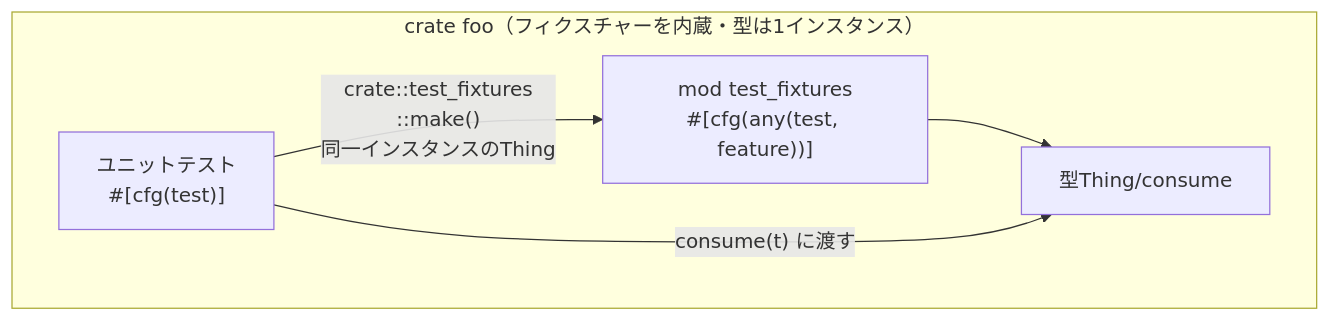
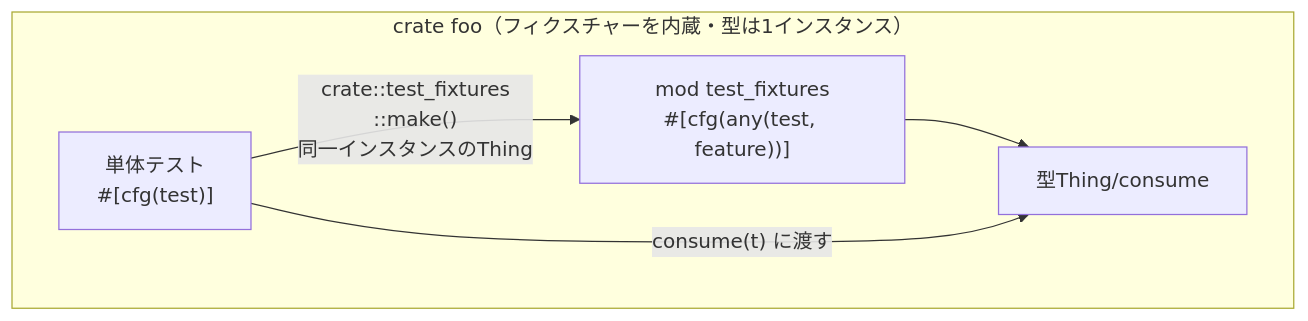
Before and after one commit to ultimatile/Zenn: the second of 2 diagrams in articles/rust-test-fixtures-cfg-test-dev-dep.md, drawn with Mermaid. The commit also changed other lines of this file, not shown here.

````diff
--- a/articles/rust-test-fixtures-cfg-test-dev-dep.md
+++ b/articles/rust-test-fixtures-cfg-test-dev-dep.md
@@ -165,11 +165,11 @@
 ```mermaid
 graph TD
     subgraph foo["crate foo（フィクスチャーを内蔵・型は1インスタンス）"]
         core["型Thing/consume"]
         fx["mod test_fixtures<br/>#[cfg(any(test, feature))]"]
-        ut["ユニットテスト<br/>#[cfg(test)]"]
+        ut["単体テスト<br/>#[cfg(test)]"]
     end
     ut -->|"crate::test_fixtures<br>::make()<br>同一インスタンスのThing"| fx
     fx --> core
     ut -->|"consume(t) に渡す"| core
 ```
````
